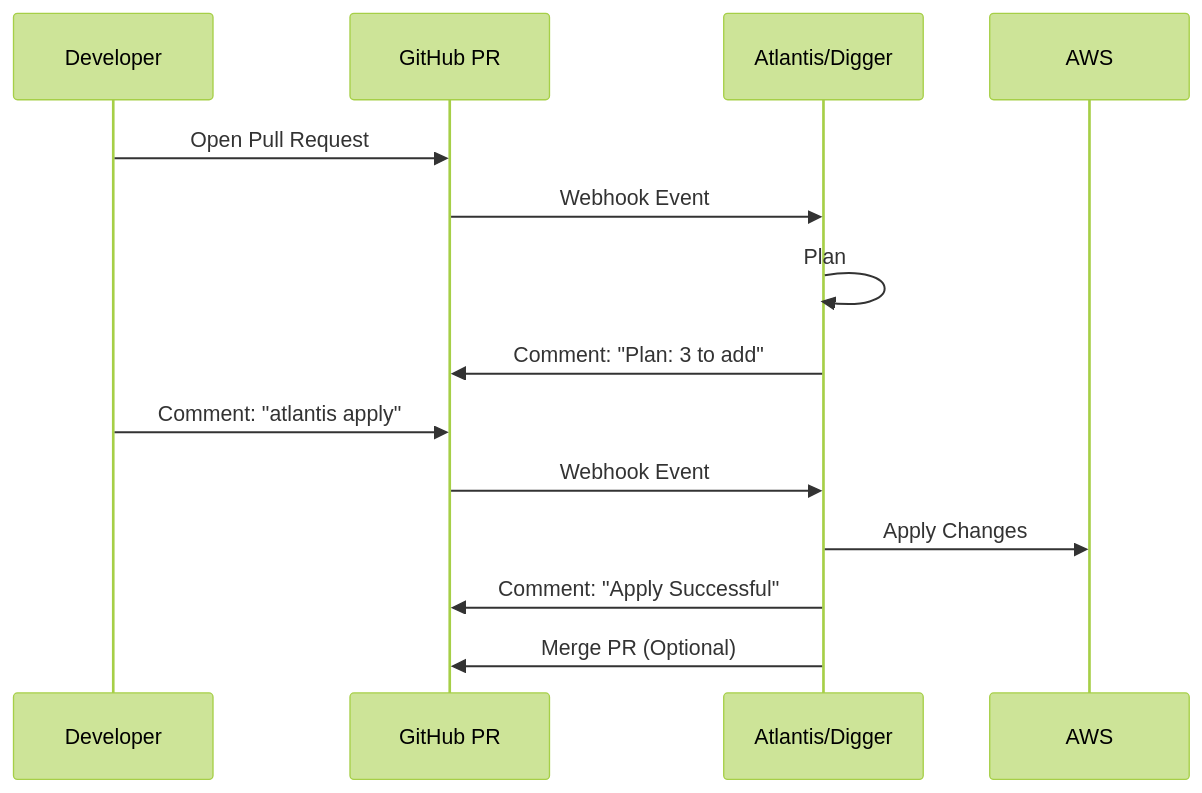
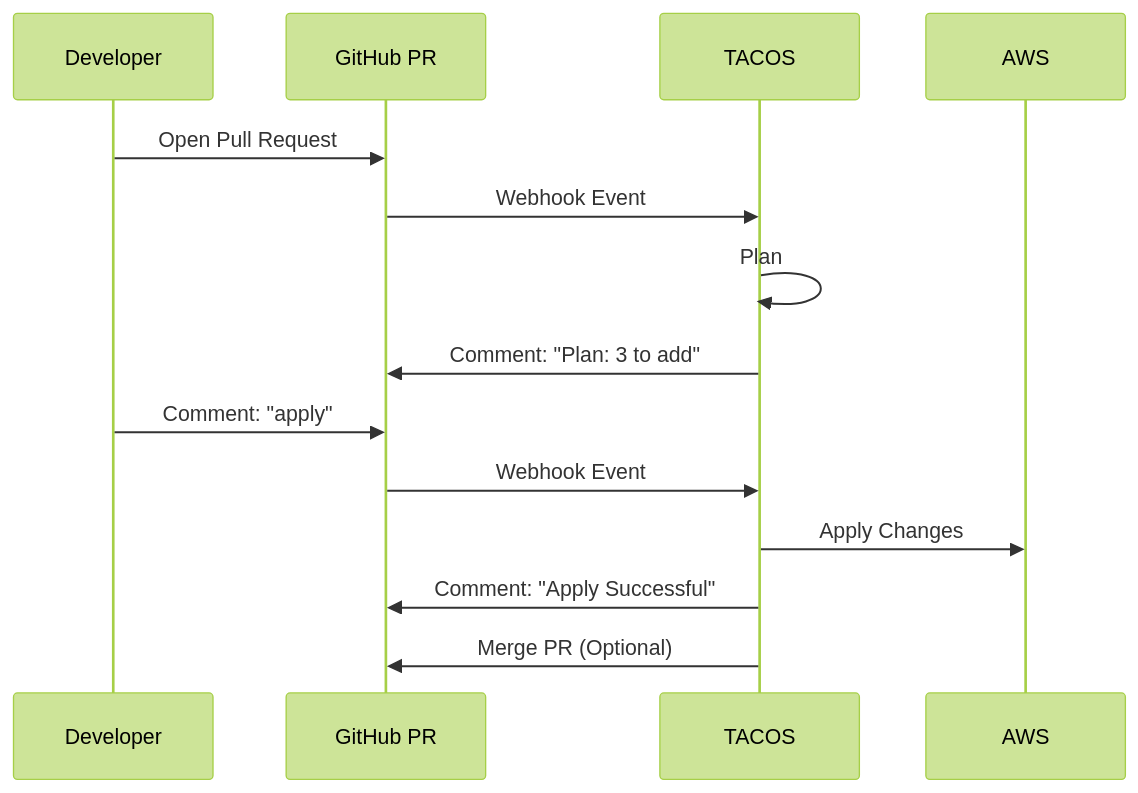
One commit to salsiy/bohobot changed the diagram in content/posts/tech-logs/part-6-scaling-execution-tacos.md. Above: the diagram before and after it, drawn with Mermaid (forest theme). The commit also changed other lines of this file and 289 other files, not shown here.

```diff
--- a/content/posts/tech-logs/part-6-scaling-execution-tacos.md
+++ b/content/posts/tech-logs/part-6-scaling-execution-tacos.md
@@ -31,18 +33,18 @@
 {{< mermaid >}}
 sequenceDiagram
     participant Dev as Developer
     participant Git as GitHub PR
-    participant TACOS as Atlantis/Digger
+    participant TACOS as TACOS
     participant Cloud as AWS
 
     Dev->>Git: Open Pull Request
     Git->>TACOS: Webhook Event
     TACOS->>TACOS: Plan
     TACOS->>Git: Comment: "Plan: 3 to add"
     
-    Dev->>Git: Comment: "atlantis apply"
+    Dev->>Git: Comment: "apply"
     Git->>TACOS: Webhook Event
     TACOS->>Cloud: Apply Changes
     TACOS->>Git: Comment: "Apply Successful"
     TACOS->>Git: Merge PR (Optional)
 {{< /mermaid >}}
```
